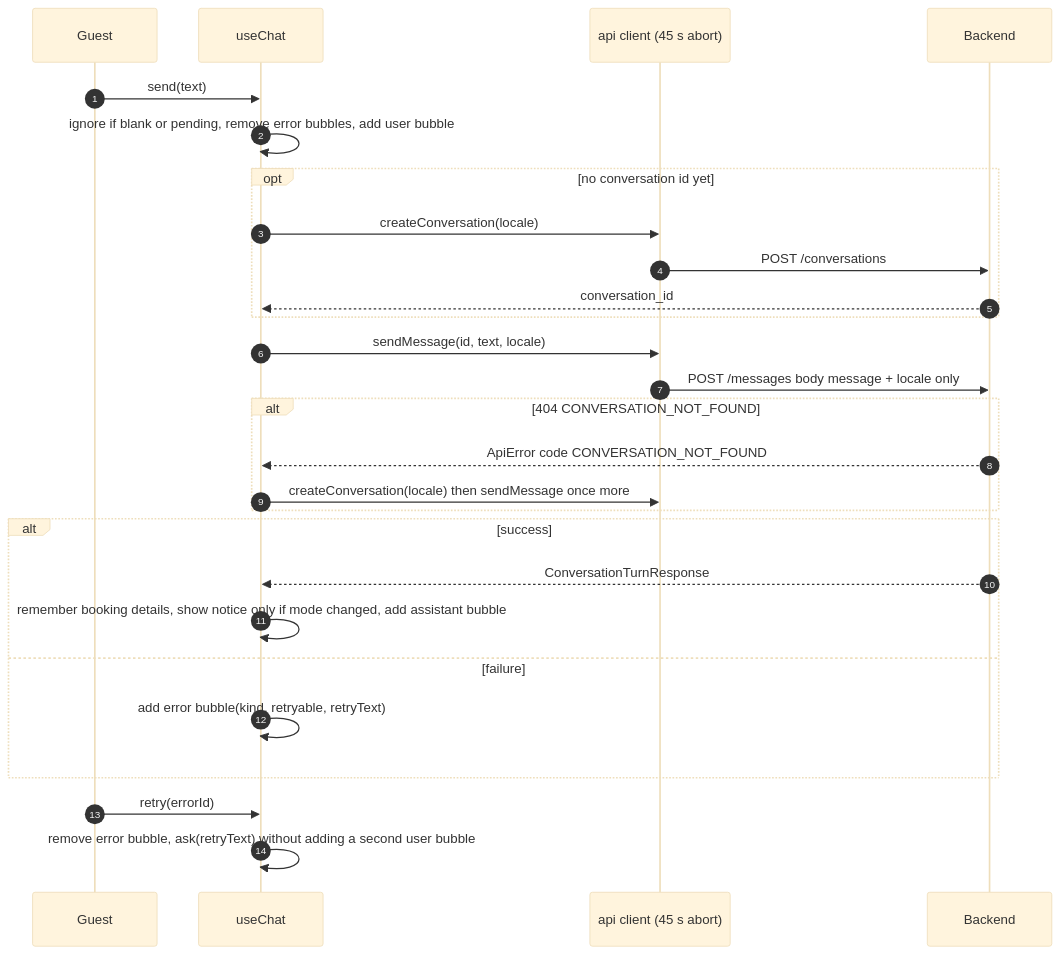
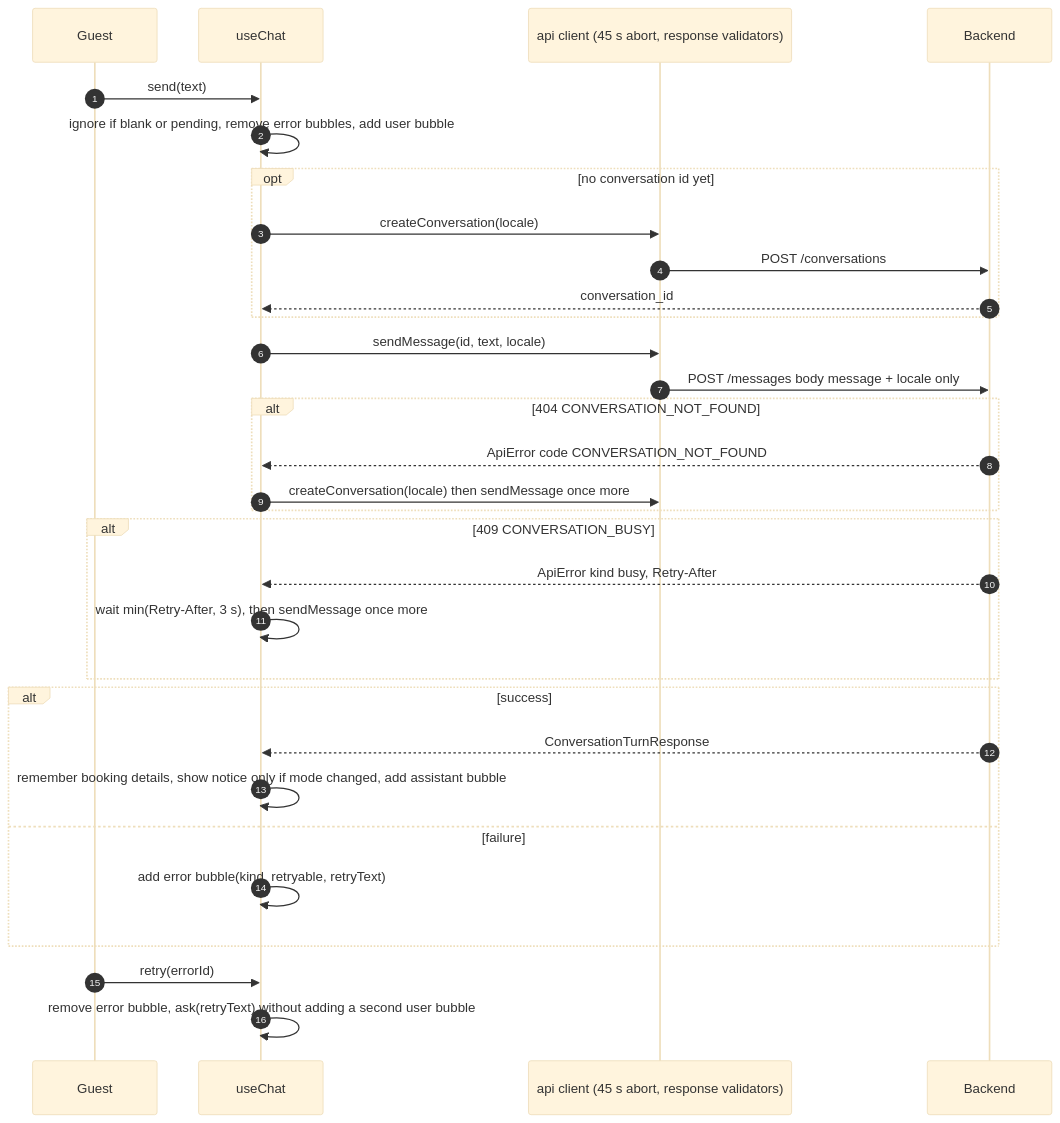
Before and after one commit to chandu0580/simplotel-agent: the ninth of 10 diagrams in docs/SYSTEM_DESIGN.md, drawn with Mermaid (base theme). The commit also changed other lines of this file and 112 other files, not shown here.

````diff
--- a/docs/SYSTEM_DESIGN.md
+++ b/docs/SYSTEM_DESIGN.md
@@ -405,29 +457,33 @@
 ```mermaid
 sequenceDiagram
     autonumber
     participant U as Guest
     participant H as useChat
-    participant API as api client (45 s abort)
+    participant API as api client (45 s abort, response validators)
     participant S as Backend
     U->>H: send(text)
     H->>H: ignore if blank or pending, remove error bubbles, add user bubble
     opt no conversation id yet
         H->>API: createConversation(locale)
         API->>S: POST /conversations
         S-->>H: conversation_id
     end
     H->>API: sendMessage(id, text, locale)
     API->>S: POST /messages body message + locale only
     alt 404 CONVERSATION_NOT_FOUND
         S-->>H: ApiError code CONVERSATION_NOT_FOUND
         H->>API: createConversation(locale) then sendMessage once more
     end
+    alt 409 CONVERSATION_BUSY
+        S-->>H: ApiError kind busy, Retry-After
+        H->>H: wait min(Retry-After, 3 s), then sendMessage once more
+    end
     alt success
         S-->>H: ConversationTurnResponse
         H->>H: remember booking details, show notice only if mode changed, add assistant bubble
     else failure
         H->>H: add error bubble(kind, retryable, retryText)
     end
     U->>H: retry(errorId)
     H->>H: remove error bubble, ask(retryText) without adding a second user bubble
 ```
````
